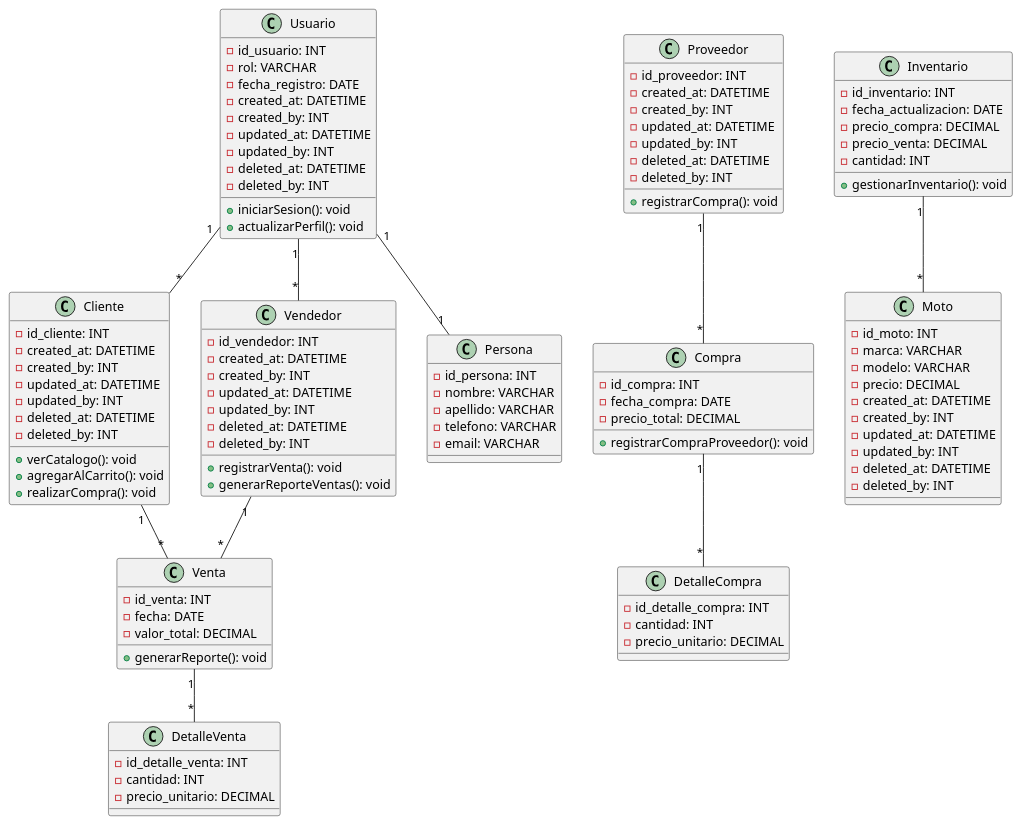
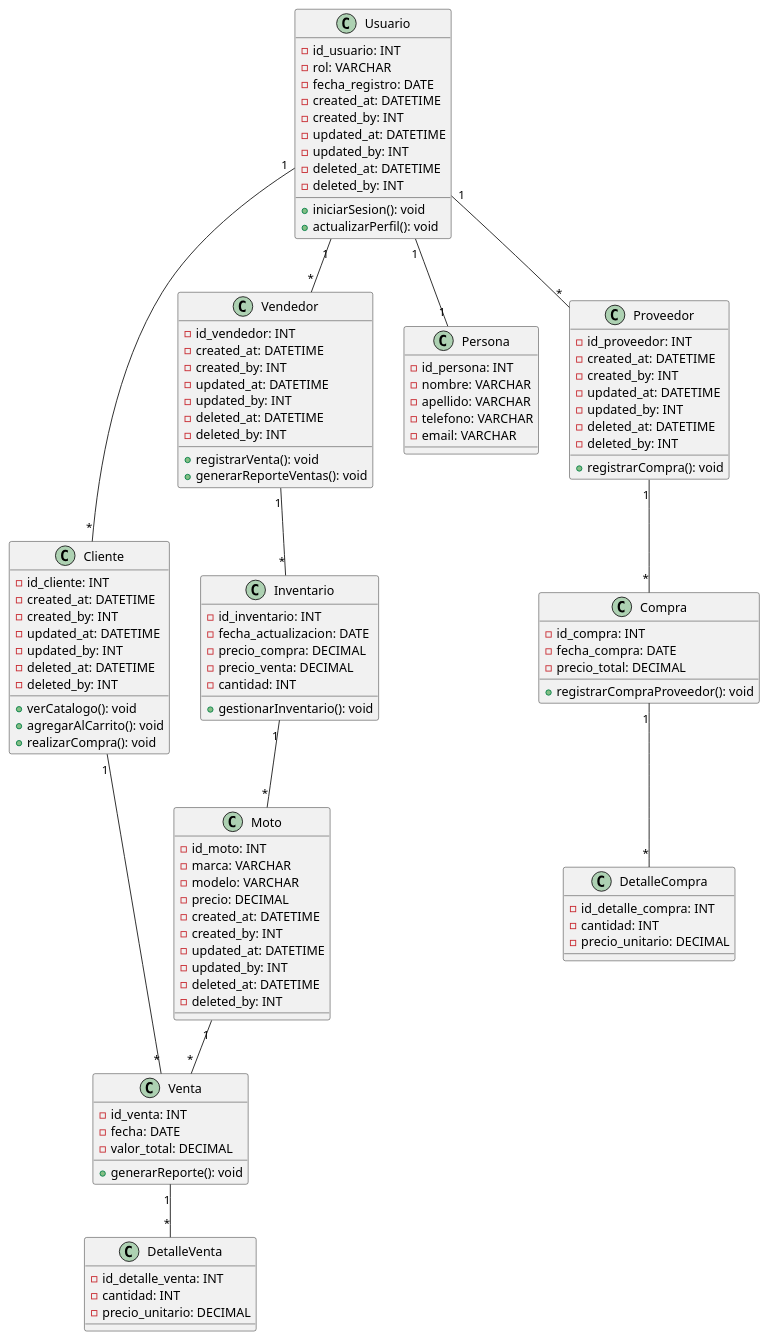
The diagram in diagramas/DiagramaClases/DiagramaClases.wsd (SergioAndres17/proyecto_final_analisis_de_sistemas), drawn with PlantUML before and after one commit.

```diff
--- a/diagramas/DiagramaClases/DiagramaClases.wsd
+++ b/diagramas/DiagramaClases/DiagramaClases.wsd
@@ -1,119 +1,120 @@
 @startuml
 
 class Usuario {
     - id_usuario: INT
     - rol: VARCHAR
     - fecha_registro: DATE
     - created_at: DATETIME
     - created_by: INT
     - updated_at: DATETIME
     - updated_by: INT
     - deleted_at: DATETIME
     - deleted_by: INT
     + iniciarSesion(): void
     + actualizarPerfil(): void
 }
 
 class Cliente {
     - id_cliente: INT
     - created_at: DATETIME
     - created_by: INT
     - updated_at: DATETIME
     - updated_by: INT
     - deleted_at: DATETIME
     - deleted_by: INT
     + verCatalogo(): void
     + agregarAlCarrito(): void
     + realizarCompra(): void
 }
 
 class Vendedor {
     - id_vendedor: INT
     - created_at: DATETIME
     - created_by: INT
     - updated_at: DATETIME
     - updated_by: INT
     - deleted_at: DATETIME
     - deleted_by: INT
     + registrarVenta(): void
     + generarReporteVentas(): void
 }
 
 class Persona {
     - id_persona: INT
     - nombre: VARCHAR
     - apellido: VARCHAR
     - telefono: VARCHAR
     - email: VARCHAR
 }
 
 class Proveedor {
     - id_proveedor: INT
     - created_at: DATETIME
     - created_by: INT
     - updated_at: DATETIME
     - updated_by: INT
     - deleted_at: DATETIME
     - deleted_by: INT
     + registrarCompra(): void
 }
 
 class Moto {
     - id_moto: INT
     - marca: VARCHAR
     - modelo: VARCHAR
     - precio: DECIMAL
     - created_at: DATETIME
     - created_by: INT
     - updated_at: DATETIME
     - updated_by: INT
     - deleted_at: DATETIME
     - deleted_by: INT
 }
 
 class Inventario {
     - id_inventario: INT
     - fecha_actualizacion: DATE
     - precio_compra: DECIMAL
     - precio_venta: DECIMAL
     - cantidad: INT
     + gestionarInventario(): void
 }
 
 class Compra {
     - id_compra: INT
     - fecha_compra: DATE
     - precio_total: DECIMAL
     + registrarCompraProveedor(): void
 }
 
 class DetalleCompra {
     - id_detalle_compra: INT
     - cantidad: INT
     - precio_unitario: DECIMAL
 }
 
 class Venta {
     - id_venta: INT
     - fecha: DATE
     - valor_total: DECIMAL
     + generarReporte(): void
 }
 
 class DetalleVenta {
     - id_detalle_venta: INT
     - cantidad: INT
     - precio_unitario: DECIMAL
 }
 
 Usuario "1" -- "1" Persona
 Usuario "1" -- "*" Cliente
 Usuario "1" -- "*" Vendedor
 Cliente "1" -- "*" Venta
-Vendedor "1" -- "*" Venta
+Vendedor "1" -- "*" Inventario
 Venta "1" -- "*" DetalleVenta
 Compra "1" -- "*" DetalleCompra
 Proveedor "1" -- "*" Compra
 Inventario "1" -- "*" Moto
-
+Usuario "1" -- "*" Proveedor
+Moto "1" -- "*" Venta
 @enduml
```
